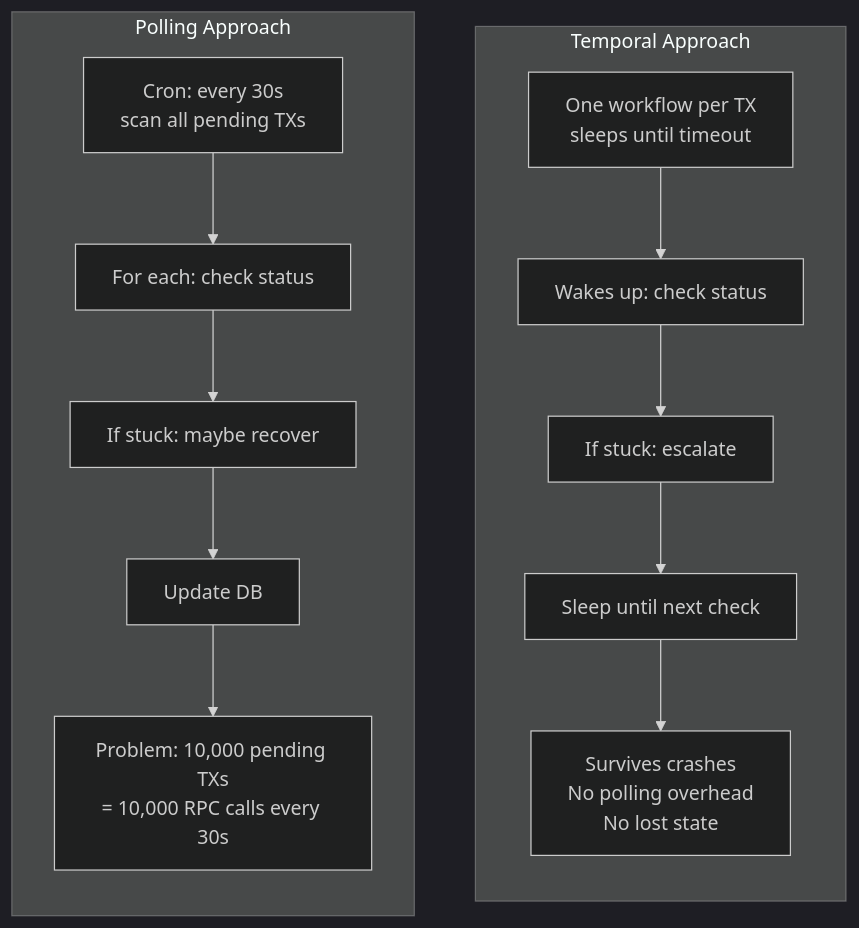
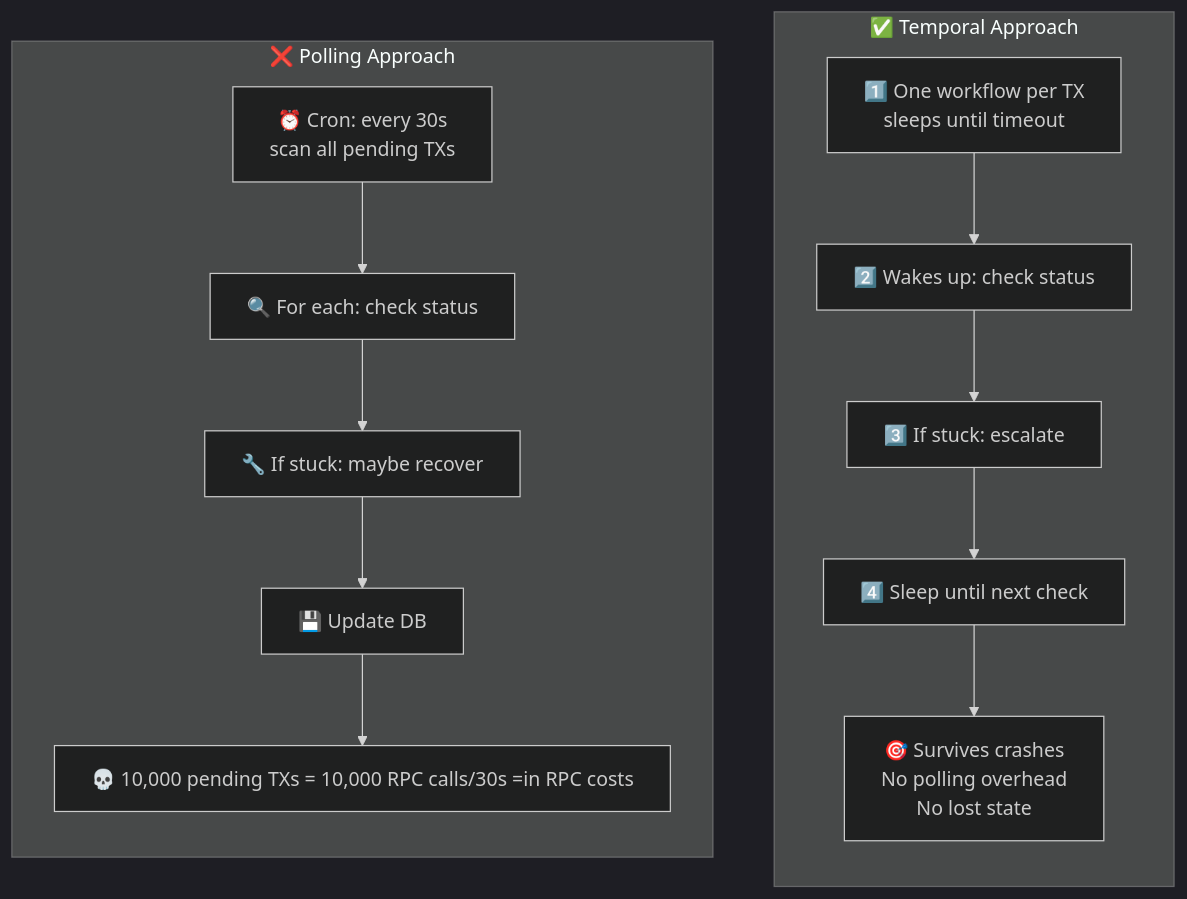
Before and after one commit to Puneethkumarck/stablebridge-tx-recovery: the eighth of 9 diagrams in README.md, drawn with Mermaid (dark theme). The commit also changed other lines of this file, not shown here.

First line of the commit message:
STR-103: apply visual storytelling across all theoretical README sections

````diff
--- a/README.md
+++ b/README.md
@@ -455,22 +655,22 @@
 ```mermaid
 flowchart LR
-    subgraph Polling["Polling Approach"]
+    subgraph Polling["❌ Polling Approach"]
         direction TB
-        P1["Cron: every 30s<br/>scan all pending TXs"]
-        P1 --> P2["For each: check status"]
-        P2 --> P3["If stuck: maybe recover"]
-        P3 --> P4["Update DB"]
-        P4 --> P5["Problem: 10,000 pending TXs<br/>= 10,000 RPC calls every 30s"]
+        P1["⏰ Cron: every 30s<br/>scan all pending TXs"]
+        P1 --> P2["🔍 For each: check status"]
+        P2 --> P3["🔧 If stuck: maybe recover"]
+        P3 --> P4["💾 Update DB"]
+        P4 --> P5["💀 10,000 pending TXs<br/>= 10,000 RPC calls/30s<br/>= $$$$ in RPC costs"]
     end
 
-    subgraph Temporal["Temporal Approach"]
+    subgraph Temporal["✅ Temporal Approach"]
         direction TB
-        T1["One workflow per TX<br/>sleeps until timeout"]
-        T1 --> T2["Wakes up: check status"]
-        T2 --> T3["If stuck: escalate"]
-        T3 --> T4["Sleep until next check"]
-        T4 --> T5["Survives crashes<br/>No polling overhead<br/>No lost state"]
+        T1["1️⃣ One workflow per TX<br/>sleeps until timeout"]
+        T1 --> T2["2️⃣ Wakes up: check status"]
+        T2 --> T3["3️⃣ If stuck: escalate"]
+        T3 --> T4["4️⃣ Sleep until next check"]
+        T4 --> T5["🎯 Survives crashes<br/>No polling overhead<br/>No lost state"]
     end
 
     Polling ~~~ Temporal
 ```
````
